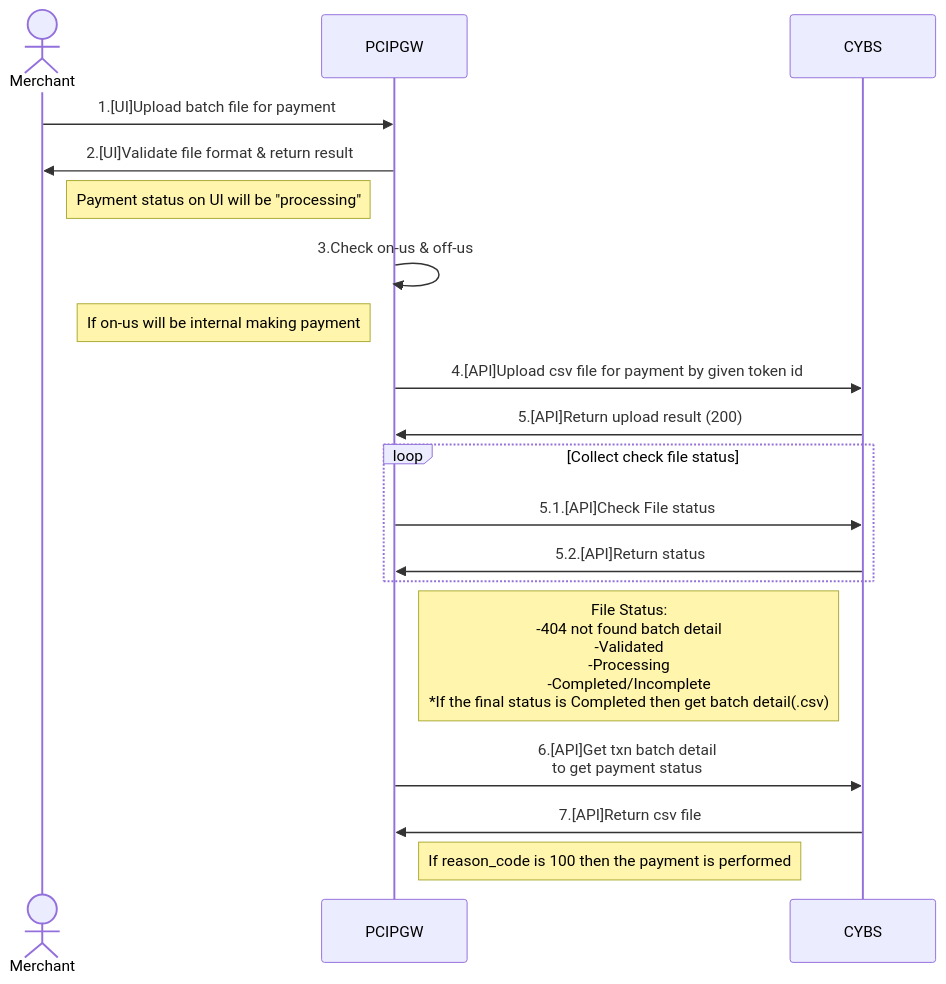
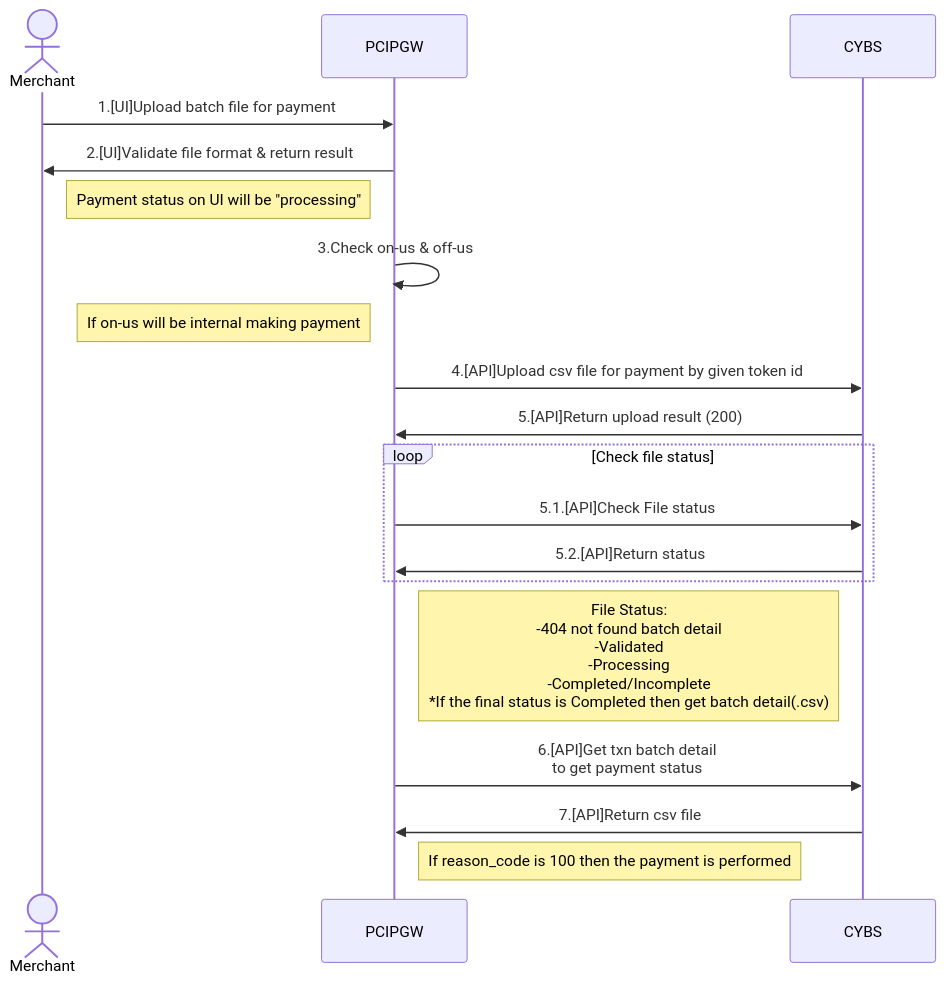
The second of 2 diagrams in CybsFlow.md (yuusuke25/MyNotes), drawn with Mermaid before and after one commit. The commit also changed other lines of this file, not shown here.

````diff
--- a/CybsFlow.md
+++ b/CybsFlow.md
@@ -30,21 +30,21 @@
 ```mermaid
     sequenceDiagram
         Actor Merchant
         participant PCIPGW
         participant CYBS
         Merchant->>PCIPGW: 1.[UI]Upload batch file for payment
         PCIPGW->>Merchant: 2.[UI]Validate file format & return result
         Note left of PCIPGW: Payment status on UI will be "processing"
         PCIPGW->>PCIPGW: 3.Check on-us & off-us
         Note left of PCIPGW: If on-us will be internal making payment
         PCIPGW->>CYBS: 4.[API]Upload csv file for payment by given token id
         CYBS->>PCIPGW: 5.[API]Return upload result (200)
-        Loop Collect check file status
+        Loop Check file status
             PCIPGW->>CYBS: 5.1.[API]Check File status
             CYBS->>PCIPGW: 5.2.[API]Return status
         end
         Note right of PCIPGW: File Status:<br> -404 not found batch detail<br> -Validated<br> -Processing<br> -Completed/Incomplete<br>*If the final status is Completed then get batch detail(.csv)
         PCIPGW->>CYBS: 6.[API]Get txn batch detail<br>to get payment status
         CYBS->>PCIPGW: 7.[API]Return csv file
         Note right of PCIPGW: If reason_code is 100 then the payment is performed
 ```
````
